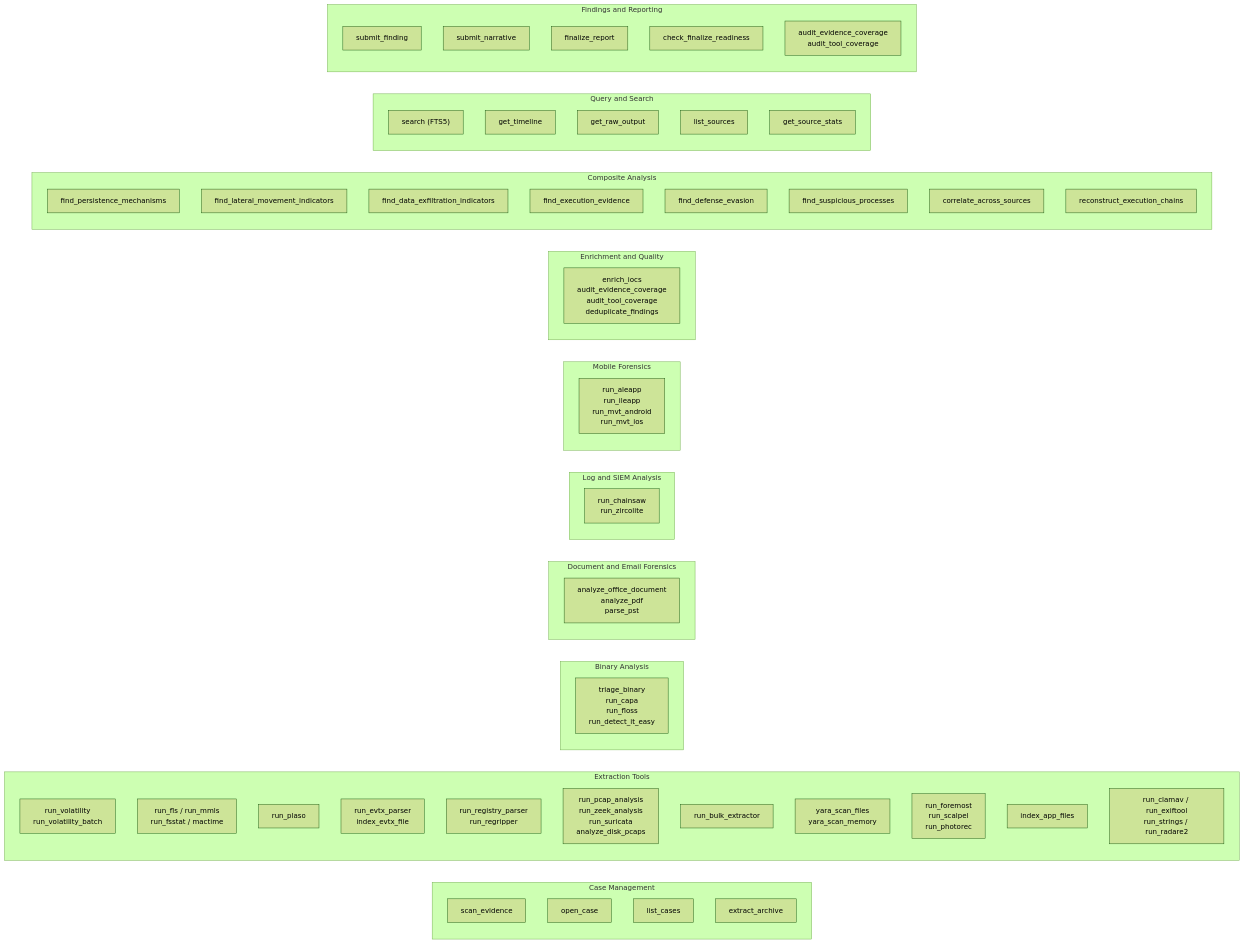
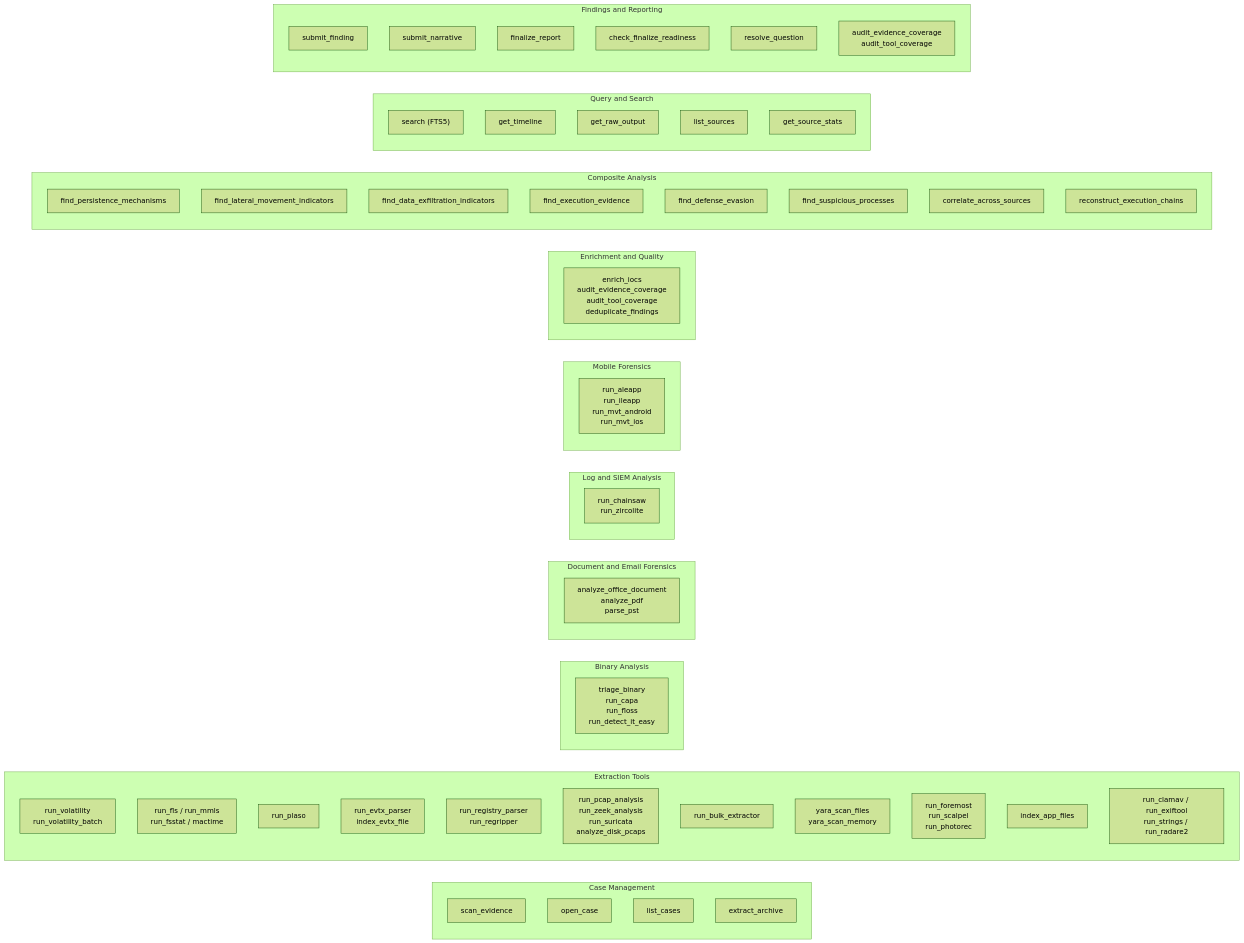
The first of 6 diagrams in docs/architecture.md (calebevans/mulder), drawn with Mermaid (forest theme) before and after one commit. The commit also changed other lines of this file and 24 other files, not shown here.

````diff
--- a/docs/architecture.md
+++ b/docs/architecture.md
@@ -17,70 +17,71 @@
 ```mermaid
 flowchart LR
     subgraph caseTools [Case Management]
         scanEvidence["scan_evidence"]
         openCase["open_case"]
         listCases["list_cases"]
         extractArchive["extract_archive"]
     end
 
     subgraph extractionTools [Extraction Tools]
         runVolatility["run_volatility\nrun_volatility_batch"]
         runFls["run_fls / run_mmls\nrun_fsstat / mactime"]
         runPlaso["run_plaso"]
         runEvtx["run_evtx_parser\nindex_evtx_file"]
         runRegistry["run_registry_parser\nrun_regripper"]
         runPcap["run_pcap_analysis\nrun_zeek_analysis\nrun_suricata\nanalyze_disk_pcaps"]
         runBulk["run_bulk_extractor"]
         runYara["yara_scan_files\nyara_scan_memory"]
         runCarving["run_foremost\nrun_scalpel\nrun_photorec"]
         runAppFiles["index_app_files"]
         runMisc["run_clamav / run_exiftool\nrun_strings / run_radare2"]
     end
 
     subgraph binaryTools [Binary Analysis]
         runBinary["triage_binary\nrun_capa\nrun_floss\nrun_detect_it_easy"]
     end
 
     subgraph docTools [Document and Email Forensics]
         runDocs["analyze_office_document\nanalyze_pdf\nparse_pst"]
     end
 
     subgraph logTools [Log and SIEM Analysis]
         runLogs["run_chainsaw\nrun_zircolite"]
     end
 
     subgraph mobileTools [Mobile Forensics]
         runMobile["run_aleapp\nrun_ileapp\nrun_mvt_android\nrun_mvt_ios"]
     end
 
     subgraph enrichTools [Enrichment and Quality]
         runEnrich["enrich_iocs\naudit_evidence_coverage\naudit_tool_coverage\ndeduplicate_findings"]
     end
 
     subgraph compositeTools [Composite Analysis]
         findPersistence["find_persistence_mechanisms"]
         findLateral["find_lateral_movement_indicators"]
         findExfil["find_data_exfiltration_indicators"]
         findExecution["find_execution_evidence"]
         findEvasion["find_defense_evasion"]
         findProc["find_suspicious_processes"]
         correlate["correlate_across_sources"]
         reconstruct["reconstruct_execution_chains"]
     end
 
     subgraph queryTools [Query and Search]
         search["search (FTS5)"]
         getTimeline["get_timeline"]
         getRawOutput["get_raw_output"]
         listSources["list_sources"]
         getSourceStats["get_source_stats"]
     end
 
     subgraph findingsTools [Findings and Reporting]
         submitFinding["submit_finding"]
         submitNarrative["submit_narrative"]
         finalizeReport["finalize_report"]
         checkReadiness["check_finalize_readiness"]
+        resolveQuestion["resolve_question"]
         auditCoverage["audit_evidence_coverage\naudit_tool_coverage"]
     end
 ```
````
